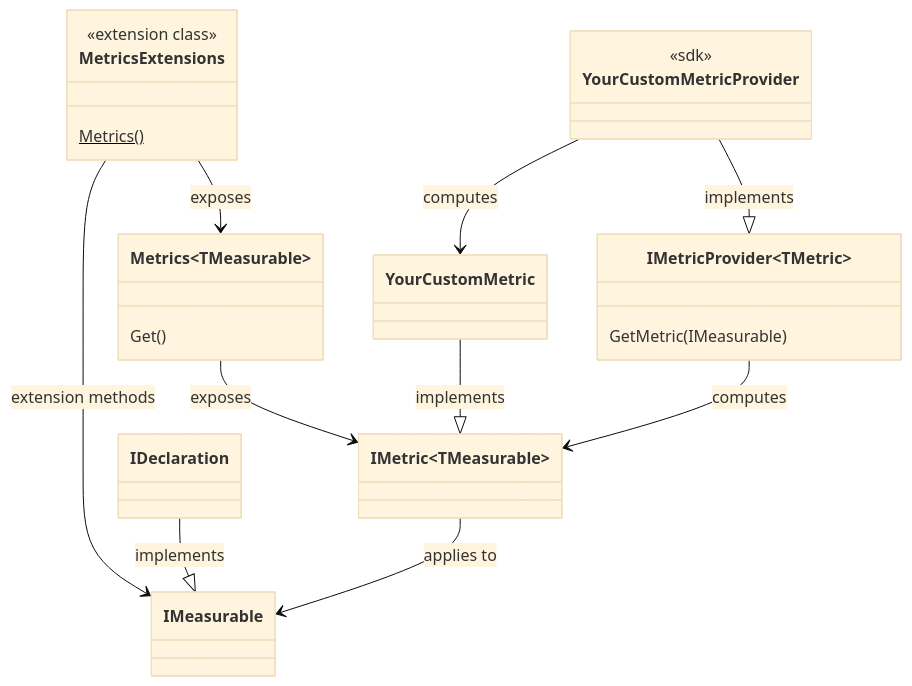
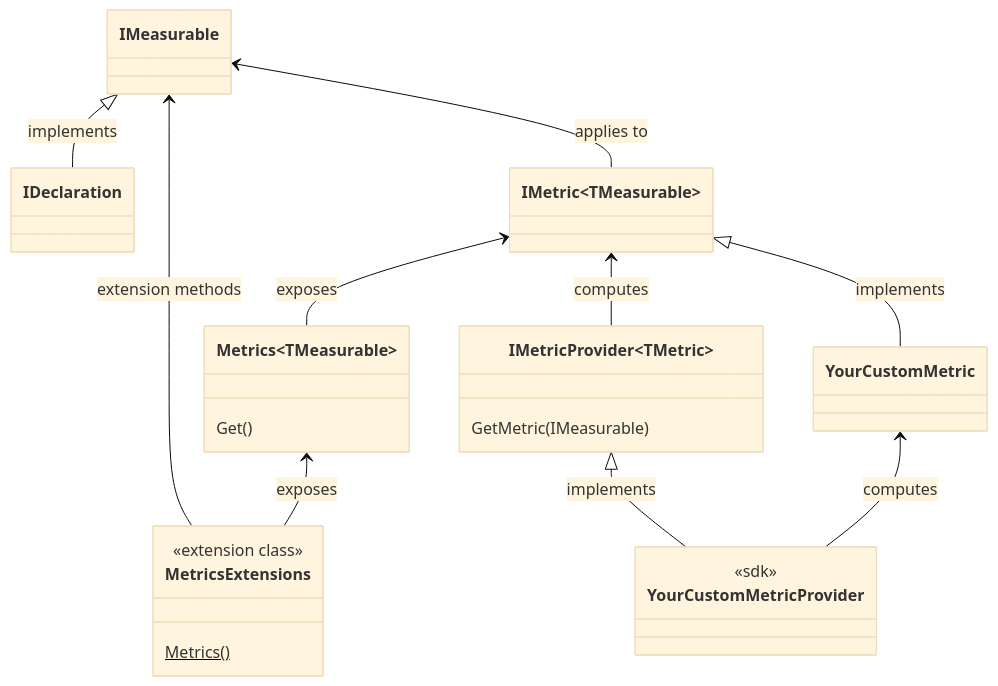
One commit to postsharp/Metalama.Documentation changed the diagram in docfx/namespaces/Metalama.Framework.Metrics.md. Above: the diagram before and after it, drawn with Mermaid (base theme). The commit also changed 9 other files, not shown here.

Commit message:
Improved class diagrams

````diff
--- a/docfx/namespaces/Metalama.Framework.Metrics.md
+++ b/docfx/namespaces/Metalama.Framework.Metrics.md
@@ -13,53 +13,53 @@
 ```mermaid
 classDiagram
     
     class IMeasurable {
         
     }
 
     class IDeclaration {
 
     }
 
     class IMetric~TMeasurable~ {
 
     }
 
     class YourCustomMetric {
 
     }
 
      class YourCustomMetricProvider {
         <<sdk>>
 
     }
 
     class IMetricProvider~TMetric~ {
         GetMetric(IMeasurable)
     }
 
     class Metrics~TMeasurable~ {
         Get()
     }
 
     class MetricsExtensions    {
         <<extension class>>
         Metrics()$
     }
 
-    MetricsExtensions --> IMeasurable : extension methods
-    MetricsExtensions --> Metrics : exposes
-    Metrics --> IMetric~TMeasurable~ : exposes
+    IMeasurable <-- MetricsExtensions : extension methods
+    Metrics <-- MetricsExtensions : exposes
+    IMetric~TMeasurable~ <-- Metrics : exposes
 
-    IDeclaration --|> IMeasurable : implements
+    IMeasurable <|-- IDeclaration : implements
 
-    YourCustomMetric --<| IMetric~TMeasurable~ : implements
-    YourCustomMetricProvider --<| IMetricProvider~TMetric~ : implements
-    YourCustomMetricProvider --> YourCustomMetric : computes
+    IMetric~TMeasurable~ <|-- YourCustomMetric : implements
+    IMetricProvider~TMetric~ <|-- YourCustomMetricProvider : implements
+    YourCustomMetric <-- YourCustomMetricProvider : computes
 
-    IMetricProvider~TMetric~ --> IMetric~TMeasurable~ : computes
+    IMetric~TMeasurable~ <-- IMetricProvider~TMetric~ : computes
 
-    IMetric~TMeasurable~ --> IMeasurable : applies to
+    IMeasurable <-- IMetric~TMeasurable~ : applies to
 
    
 ```
````
